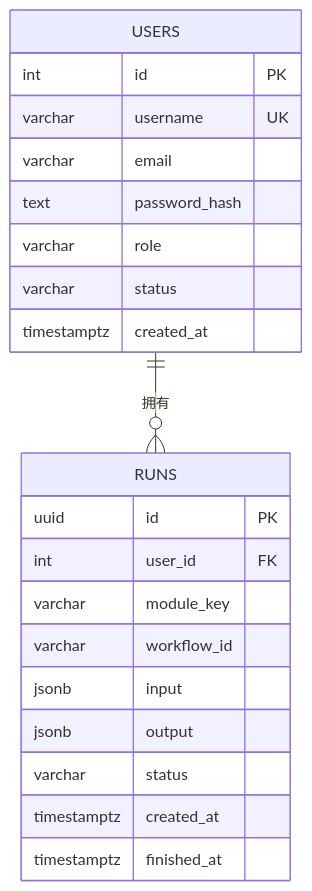
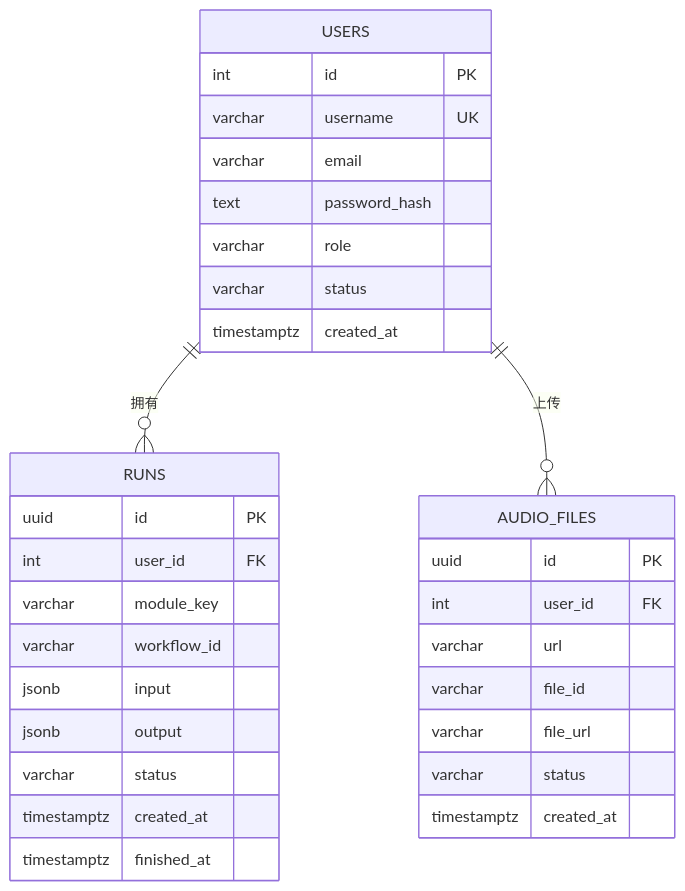
One commit to hanksd769-droid/sailshub changed diagram 11 of 11 in .qoder/repowiki/zh/content/多模态工作流模块/多模态工作流模块.md. Above: the diagram before and after it, drawn with Mermaid. The commit also changed other lines of this file and 5 other files, not shown here.

````diff
--- a/.qoder/repowiki/zh/content/多模态工作流模块/多模态工作流模块.md
+++ b/.qoder/repowiki/zh/content/多模态工作流模块/多模态工作流模块.md
@@ -408,24 +542,34 @@
 ```mermaid
 erDiagram
 USERS {
 int id PK
 varchar username UK
 varchar email
 text password_hash
 varchar role
 varchar status
 timestamptz created_at
 }
 RUNS {
 uuid id PK
 int user_id FK
 varchar module_key
 varchar workflow_id
 jsonb input
 jsonb output
 varchar status
 timestamptz created_at
 timestamptz finished_at
 }
+AUDIO_FILES {
+uuid id PK
+int user_id FK
+varchar url
+varchar file_id
+varchar file_url
+varchar status
+timestamptz created_at
+}
 USERS ||--o{ RUNS : "拥有"
+USERS ||--o{ AUDIO_FILES : "上传"
 ```
````
